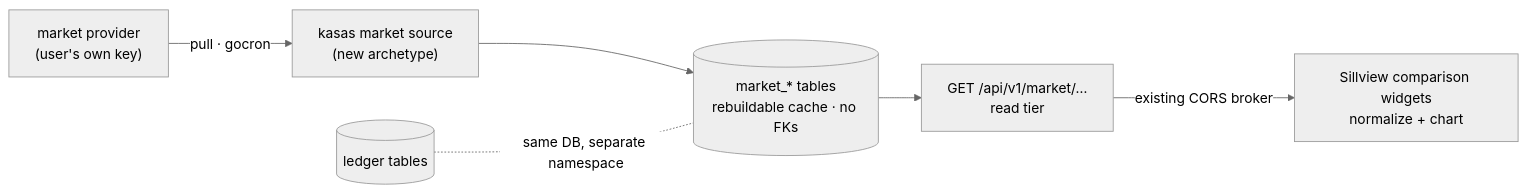
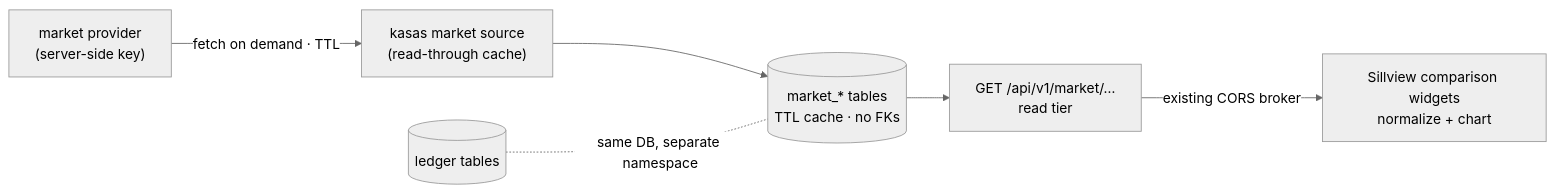
The diagram in docs/architecture/decisions/0004-external-market-data-ownership-and-storage.md (paulmeier/sillview), drawn with Mermaid (neutral theme) before and after one commit. The commit also changed other lines of this file, not shown here.

First line of the commit message:
docs: amend ADR-0004 for the on-demand read-through cache model

````diff
--- a/docs/architecture/decisions/0004-external-market-data-ownership-and-storage.md
+++ b/docs/architecture/decisions/0004-external-market-data-ownership-and-storage.md
@@ -151,8 +155,8 @@
 ```mermaid
 flowchart LR
-    P["market provider<br/>(user's own key)"] -->|"pull · gocron"| S["kasas market source<br/>(new archetype)"]
-    S --> M[("market_* tables<br/>rebuildable cache · no FKs")]
+    P["market provider<br/>(server-side key)"] -->|"fetch on demand · TTL"| S["kasas market source<br/>(read-through cache)"]
+    S --> M[("market_* tables<br/>TTL cache · no FKs")]
     L[("ledger tables")] -." same DB, separate namespace ".- M
     M --> API["GET /api/v1/market/…<br/>read tier"]
     API -->|existing CORS broker| W["Sillview comparison widgets<br/>normalize + chart"]
 ```
````
